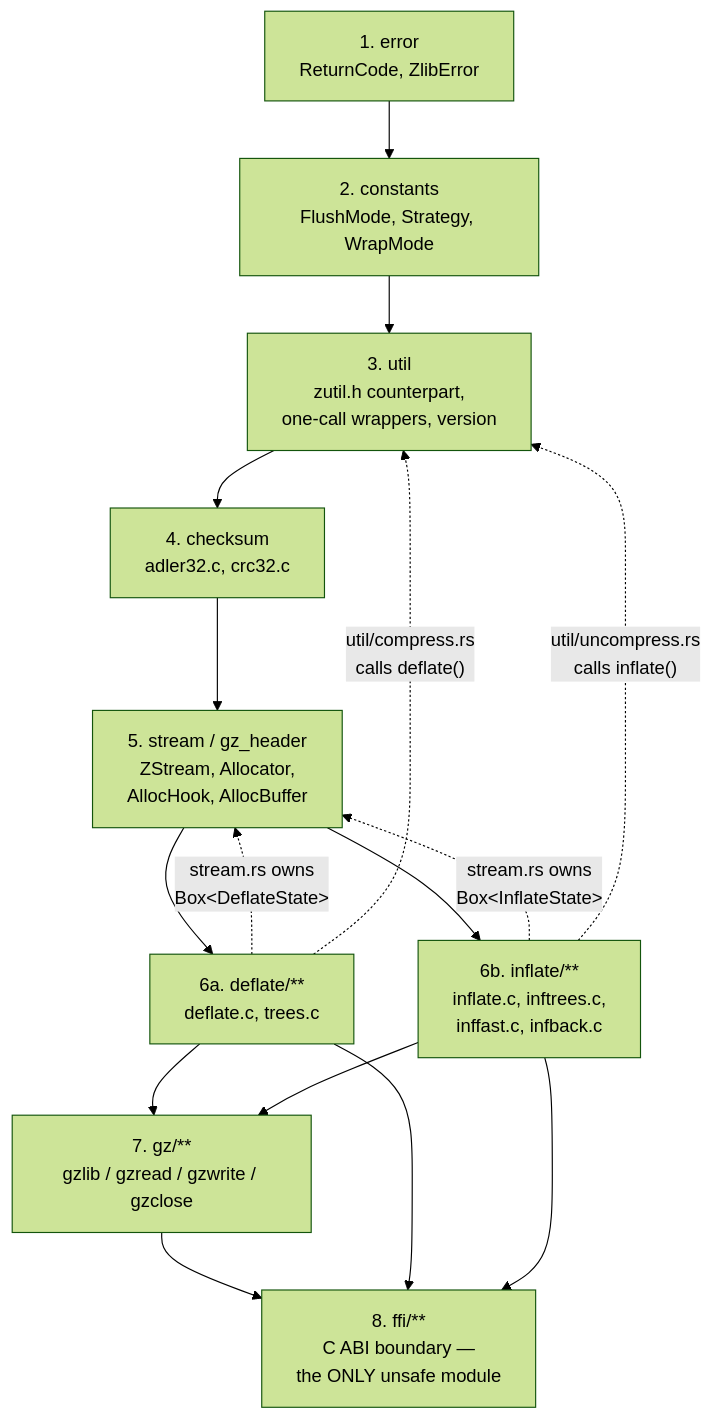
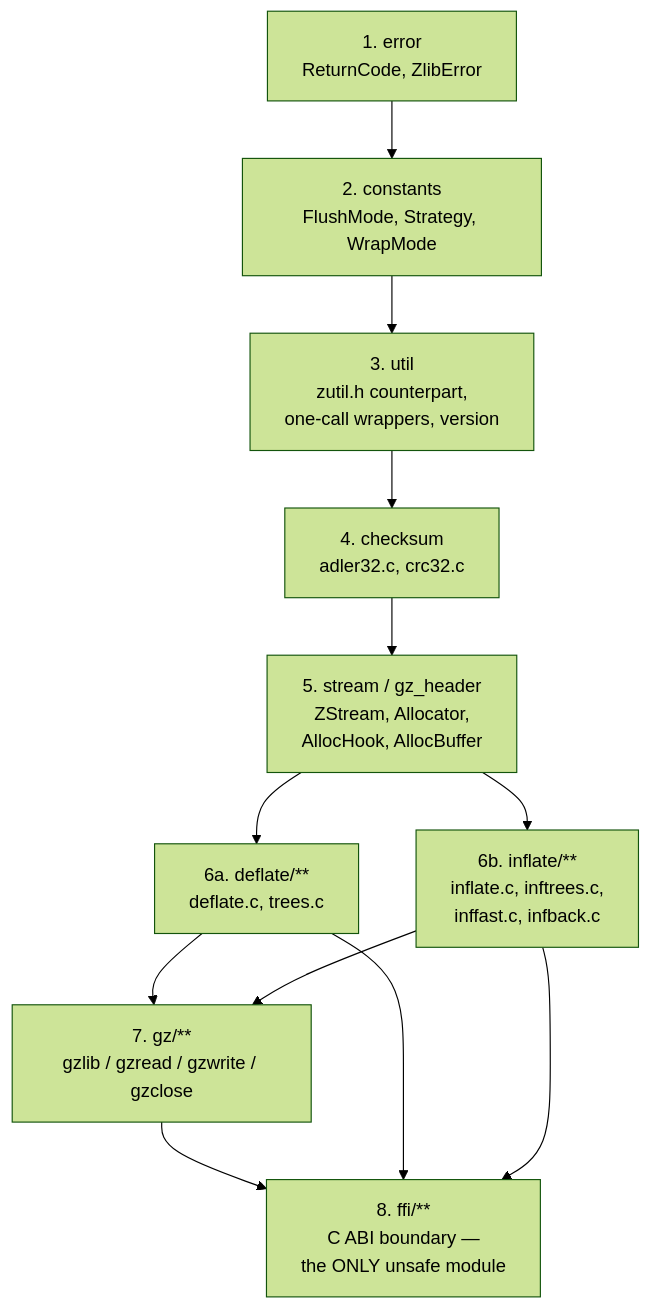
One commit to blitzy-research/zlib changed the second of 2 diagrams in doc/technical-specifications.md. Above: the diagram before and after it, drawn with Mermaid (forest theme). The commit also changed other lines of this file and 47 other files, not shown here.

````diff
--- a/doc/technical-specifications.md
+++ b/doc/technical-specifications.md
@@ -490,18 +507,14 @@
 ```mermaid
 graph TD
     E["1. error<br/>ReturnCode, ZlibError"] --> C["2. constants<br/>FlushMode, Strategy, WrapMode"]
     C --> U["3. util<br/>zutil.h counterpart,<br/>one-call wrappers, version"]
     U --> K["4. checksum<br/>adler32.c, crc32.c"]
     K --> S["5. stream / gz_header<br/>ZStream, Allocator,<br/>AllocHook, AllocBuffer"]
     S --> D["6a. deflate/**<br/>deflate.c, trees.c"]
     S --> I["6b. inflate/**<br/>inflate.c, inftrees.c,<br/>inffast.c, infback.c"]
     D --> G["7. gz/**<br/>gzlib / gzread / gzwrite / gzclose"]
     I --> G
     G --> F["8. ffi/**<br/>C ABI boundary —<br/>the ONLY unsafe module"]
     D --> F
     I --> F
-    D -. "stream.rs owns<br/>Box&lt;DeflateState&gt;" .-> S
-    I -. "stream.rs owns<br/>Box&lt;InflateState&gt;" .-> S
-    D -. "util/compress.rs<br/>calls deflate()" .-> U
-    I -. "util/uncompress.rs<br/>calls inflate()" .-> U
 ```
````
